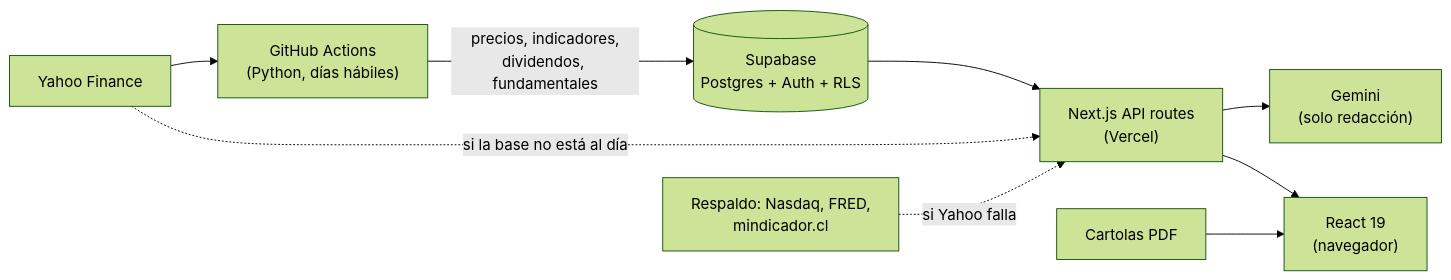
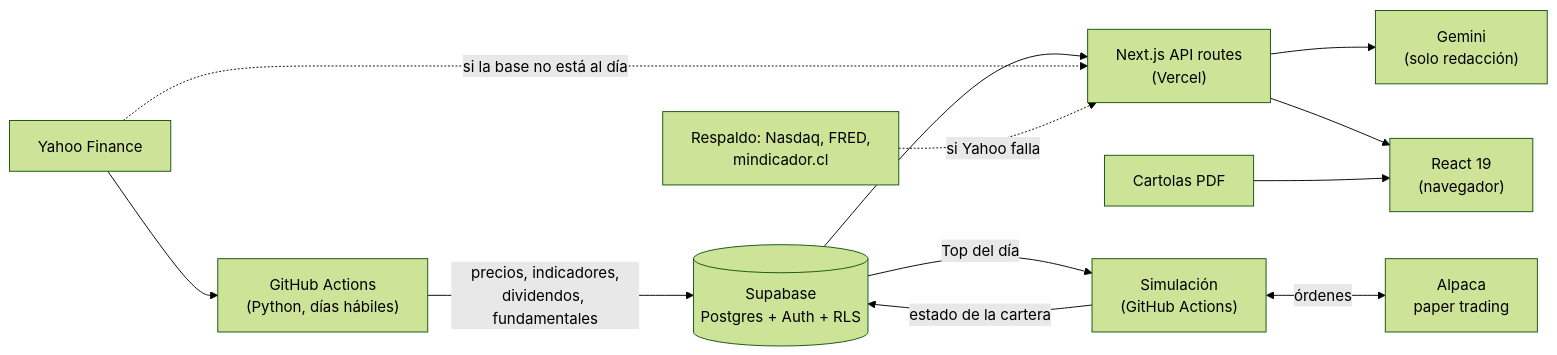
One commit to SRodriguez-Data/OmniCapital changed the diagram in README.md. Above: the diagram before and after it, drawn with Mermaid (forest theme). The commit also changed other lines of this file and 17 other files, not shown here.

First line of the commit message:
Simulate the Top v2 every month in an Alpaca paper account

````diff
--- a/README.md
+++ b/README.md
@@ -30,11 +31,14 @@
 ```mermaid
 flowchart LR
   GA["GitHub Actions<br/>(Python, días hábiles)"] -->|precios, indicadores,<br/>dividendos, fundamentales| DB[("Supabase<br/>Postgres + Auth + RLS")]
   Y["Yahoo Finance"] --> GA
   DB --> API["Next.js API routes<br/>(Vercel)"]
   Y -. "si la base no está al día" .-> API
   R["Respaldo: Nasdaq, FRED,<br/>mindicador.cl"] -. "si Yahoo falla" .-> API
   API --> IA["Gemini<br/>(solo redacción)"]
   API --> UI["React 19<br/>(navegador)"]
   PDF["Cartolas PDF"] --> UI
+  DB -->|Top del día| PT["Simulación<br/>(GitHub Actions)"]
+  PT <-->|órdenes| AL["Alpaca<br/>paper trading"]
+  PT -->|estado de la cartera| DB
 ```
````
